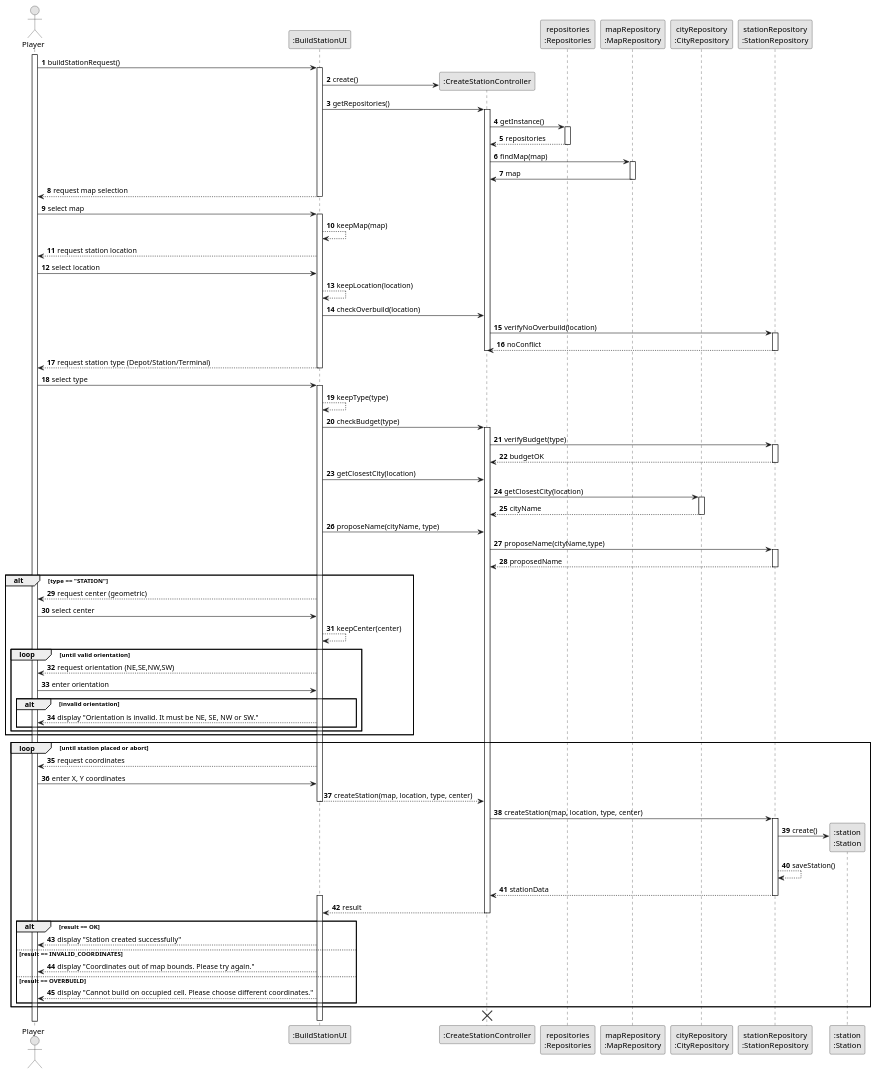
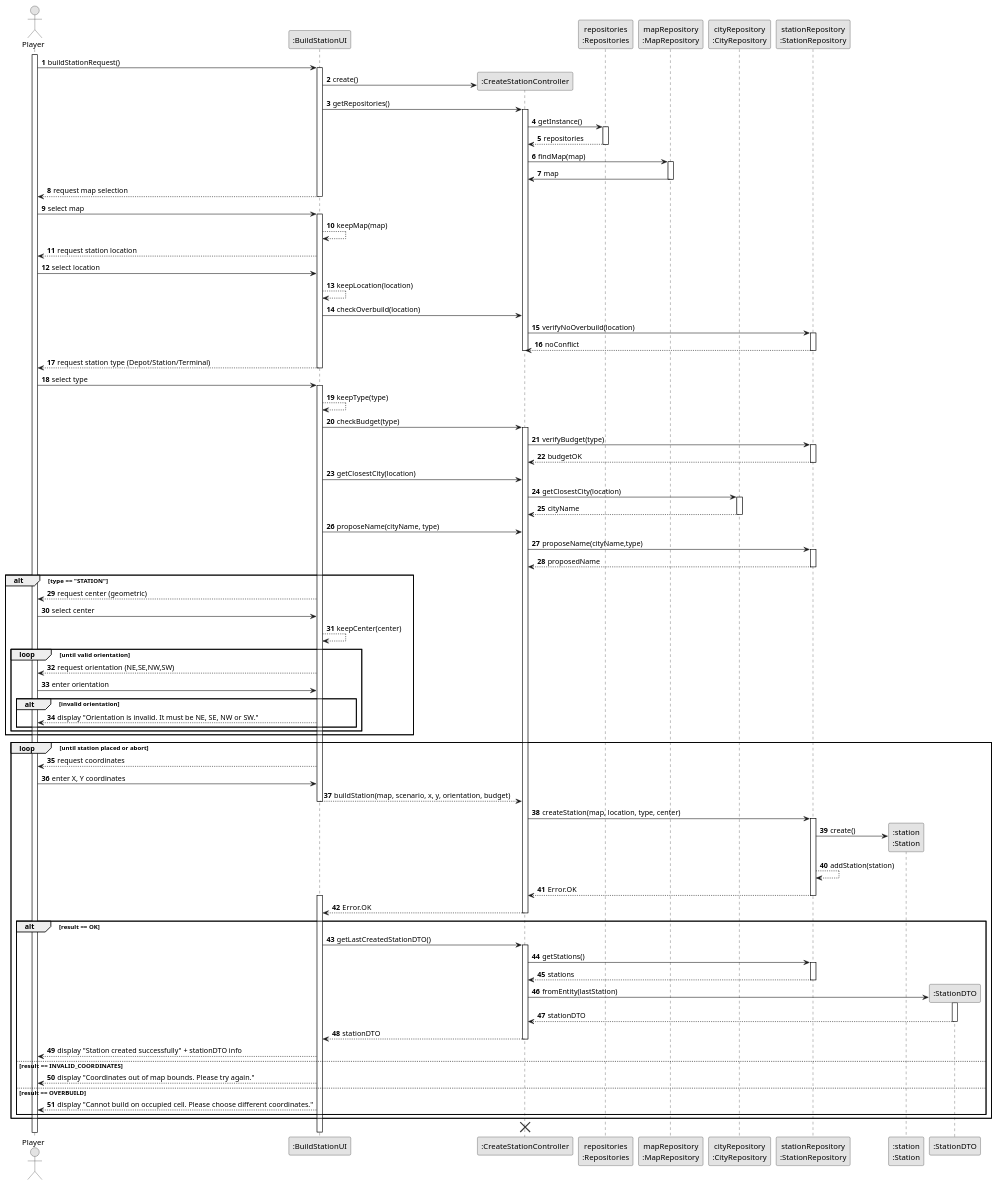
The diagram in docs/system-documentation/US005/03.design/puml/US005-SD.puml (goncalolopesp/sem2-pi-24.25-g093-repo), drawn with PlantUML before and after one commit. The commit also changed 8 other files, not shown here.

```diff
--- a/docs/system-documentation/US005/03.design/puml/US005-SD.puml
+++ b/docs/system-documentation/US005/03.design/puml/US005-SD.puml
@@ -1,121 +1,134 @@
 @startuml US005-SD
 skinparam monochrome true
 skinparam packageStyle rectangle
 skinparam shadowing false
 
 autonumber
 
 actor "Player" as Player
 participant ":BuildStationUI" as BuildStationUI
 participant ":CreateStationController" as CreateStationController
 participant "repositories\n:Repositories" as Repositories
 participant "mapRepository\n:MapRepository" as MapRepository
 participant "cityRepository\n:CityRepository" as CityRepository
 participant "stationRepository\n:StationRepository" as StationRepository
 
 activate Player
 
 Player -> BuildStationUI : buildStationRequest()
 create CreateStationController
 activate BuildStationUI
 BuildStationUI -> CreateStationController: create()
 
 BuildStationUI -> CreateStationController : getRepositories()
 activate CreateStationController
 CreateStationController -> Repositories : getInstance()
 activate Repositories
 Repositories --> CreateStationController : repositories
 deactivate Repositories
 
 CreateStationController -> MapRepository: findMap(map)
 activate MapRepository
 MapRepository -> CreateStationController: map
 deactivate MapRepository
 
 BuildStationUI --> Player : request map selection
 deactivate BuildStationUI
 Player -> BuildStationUI : select map
 activate BuildStationUI
 BuildStationUI --> BuildStationUI : keepMap(map)
 
 BuildStationUI --> Player : request station location
 Player -> BuildStationUI : select location
 BuildStationUI --> BuildStationUI : keepLocation(location)
 
 BuildStationUI -> CreateStationController : checkOverbuild(location)
 CreateStationController -> StationRepository : verifyNoOverbuild(location)
 activate StationRepository
 StationRepository --> CreateStationController : noConflict
 deactivate StationRepository
 
 deactivate CreateStationController
 BuildStationUI --> Player : request station type (Depot/Station/Terminal)
 deactivate BuildStationUI
 Player -> BuildStationUI : select type
 activate BuildStationUI
 BuildStationUI --> BuildStationUI : keepType(type)
 
 BuildStationUI -> CreateStationController : checkBudget(type)
 activate CreateStationController
 CreateStationController -> StationRepository : verifyBudget(type)
 activate StationRepository
 StationRepository --> CreateStationController : budgetOK
 deactivate StationRepository
 
 BuildStationUI -> CreateStationController : getClosestCity(location)
 CreateStationController -> CityRepository: getClosestCity(location)
 activate CityRepository
 CityRepository --> CreateStationController : cityName
 deactivate CityRepository
 BuildStationUI -> CreateStationController : proposeName(cityName, type)
 CreateStationController -> StationRepository : proposeName(cityName,type)
 activate StationRepository
 StationRepository --> CreateStationController : proposedName
 deactivate StationRepository
 
 alt type == "STATION"
   BuildStationUI --> Player : request center (geometric)
   Player -> BuildStationUI : select center
   BuildStationUI --> BuildStationUI : keepCenter(center)
 
   loop until valid orientation
     BuildStationUI --> Player : request orientation (NE,SE,NW,SW)
     Player -> BuildStationUI : enter orientation
     alt invalid orientation
       BuildStationUI --> Player : display "Orientation is invalid. It must be NE, SE, NW or SW."
     end
   end
 end
 
 loop until station placed or abort
   BuildStationUI --> Player : request coordinates
   Player -> BuildStationUI : enter X, Y coordinates
 
-  BuildStationUI --> CreateStationController : createStation(map, location, type, center)
+  BuildStationUI --> CreateStationController : buildStation(map, scenario, x, y, orientation, budget)
   deactivate BuildStationUI
   CreateStationController -> StationRepository : createStation(map, location, type, center)
   activate StationRepository
   create ":station\n:Station" as Station
 
   StationRepository -> Station: create()
 
-  StationRepository --> StationRepository : saveStation()
-  StationRepository --> CreateStationController : stationData
+  StationRepository --> StationRepository : addStation(station)
+  StationRepository --> CreateStationController : Error.OK
   deactivate StationRepository
 
   activate BuildStationUI
-  CreateStationController --> BuildStationUI : result
+  CreateStationController --> BuildStationUI : Error.OK
   deactivate CreateStationController
 
   alt result == OK
-    BuildStationUI --> Player : display "Station created successfully"
+    BuildStationUI -> CreateStationController : getLastCreatedStationDTO()
+    activate CreateStationController
+    CreateStationController -> StationRepository : getStations()
+    activate StationRepository
+    StationRepository --> CreateStationController : stations
+    deactivate StationRepository
+    create ":StationDTO" as StationDTO
+    CreateStationController -> StationDTO : fromEntity(lastStation)
+    activate StationDTO
+    StationDTO --> CreateStationController : stationDTO
+    deactivate StationDTO
+    CreateStationController --> BuildStationUI : stationDTO
+    deactivate CreateStationController
+    BuildStationUI --> Player : display "Station created successfully" + stationDTO info
   else result == INVALID_COORDINATES
     BuildStationUI --> Player : display "Coordinates out of map bounds. Please try again."
   else result == OVERBUILD
     BuildStationUI --> Player : display "Cannot build on occupied cell. Please choose different coordinates."
   end
 end
 
 destroy CreateStationController
 deactivate BuildStationUI
 @enduml
```
